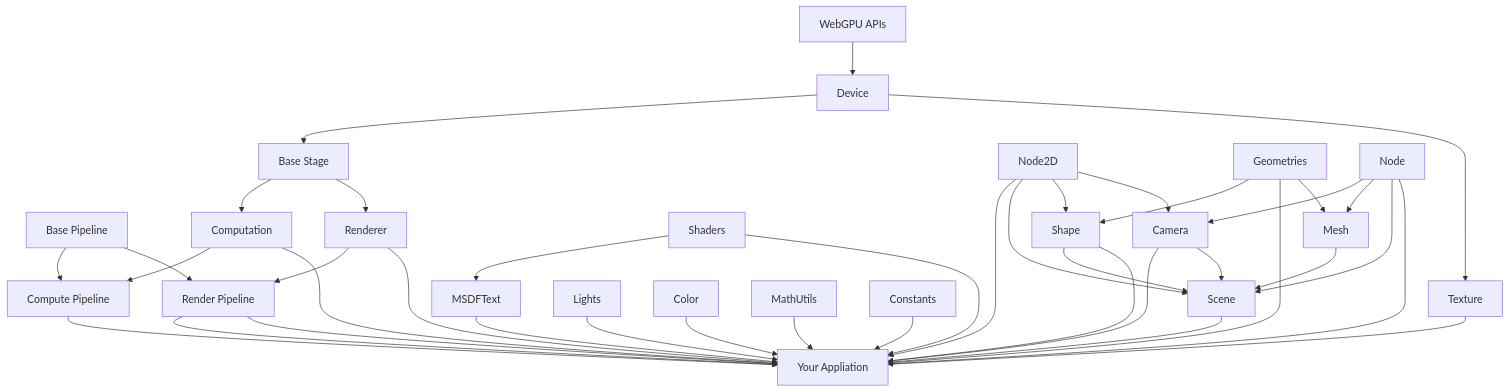
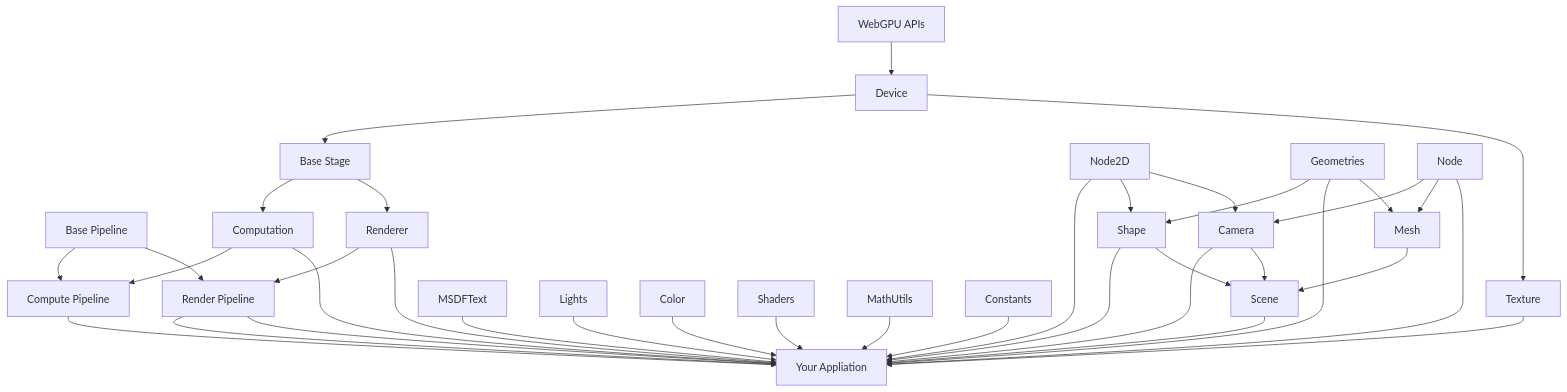
Before and after one commit to UstymUkhman/uwal: the diagram in README.md, drawn with Mermaid. The commit also changed 5 other files, not shown here.

````diff
--- a/README.md
+++ b/README.md
@@ -41,66 +41,61 @@
 ```mermaid
 flowchart TD
   GPU[WebGPU APIs]
   DEV[Device]
   APP[Your Appliation]
 
   BP[Base Pipeline]
   CP[Compute Pipeline]
   RP[Render Pipeline]
   BS[Base Stage]
   COMP[Computation]
   RNDR[Renderer]
   TEX[Texture]
 
   GPU  --> DEV
   DEV  --> BS
   DEV  --> TEX
   BS   --> COMP
   BS   --> RNDR
   COMP --> CP
   COMP --> APP
   BP   --> CP
   BP   --> RP
   CP   --> APP
   RP   --> APP
   RNDR --> RP
   RNDR --> APP
 
   ND2[Node2D]
   GEO[Geometries]
   ND[Node]
-  SHDS[Shaders]
   CAM[Camera]
   SHP[Shape]
   MESH[Mesh]
   SCN[Scene]
-  TXT[MSDFText]
-
-  LGHT[Lights]     --> APP
-  COL[Color]       --> APP
-  MATH[MathUtils]  --> APP
-  CONST[Constants] --> APP
 
   ND2  --> APP
-  ND2  --> SCN
   ND2  --> SHP
   ND2  --> CAM
   GEO  --> SHP
   GEO  --> APP
   GEO  --> MESH
   ND   --> CAM
   ND   --> MESH
-  ND   --> SCN
   ND   --> APP
+  SHP  --> APP
   SHP  --> SCN
   MESH --> SCN
   CAM  --> APP
   CAM  --> SCN
-  SHDS --> TXT
   RP   --> APP
   TEX  --> APP
   SCN  --> APP
-  SHP  --> APP
-  TXT  --> APP
-  SHDS --> APP
+
+  TXT[MSDFText]    --> APP
+  LGHT[Lights]     --> APP
+  COL[Color]       --> APP
+  SHDS[Shaders]    --> APP
+  MATH[MathUtils]  --> APP
+  CONST[Constants] --> APP
 ```
````
